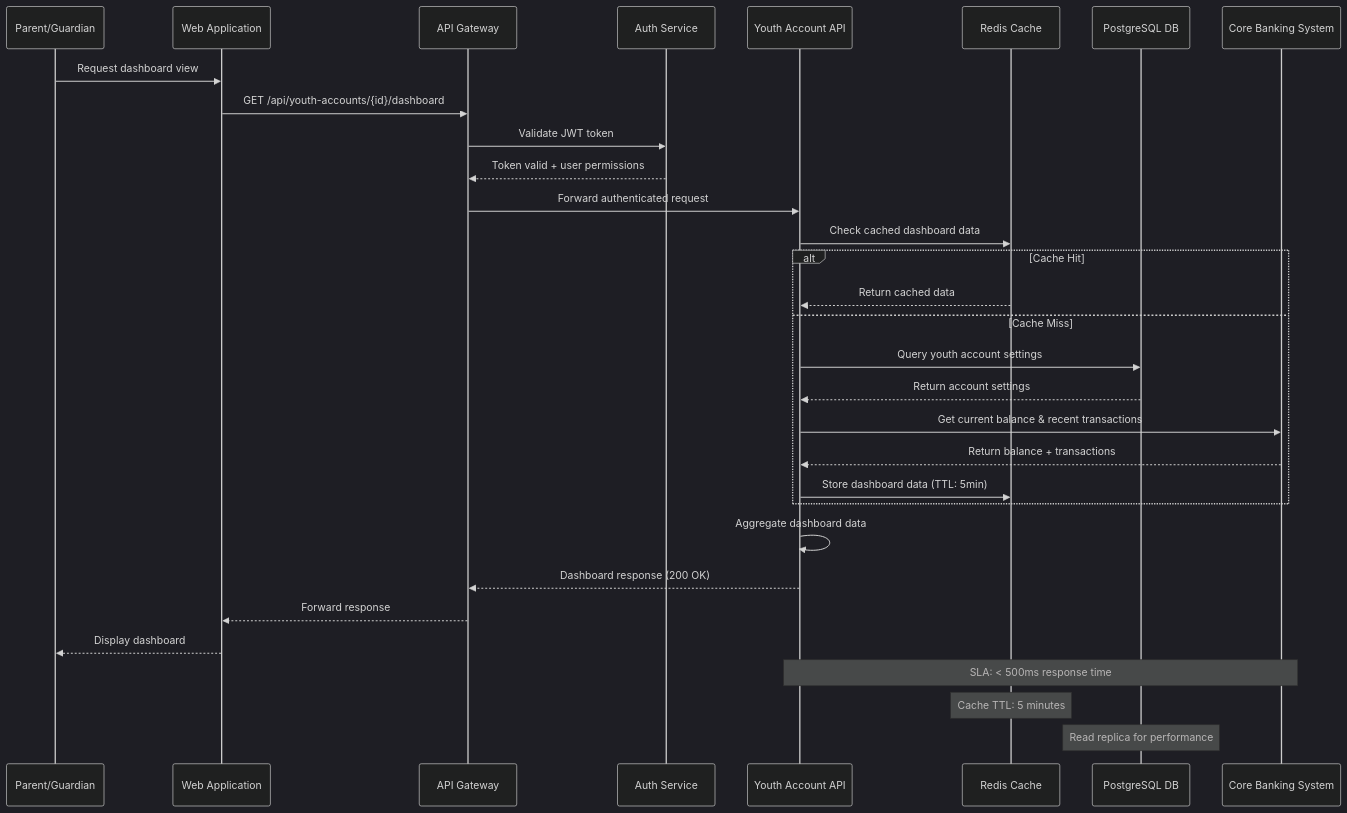
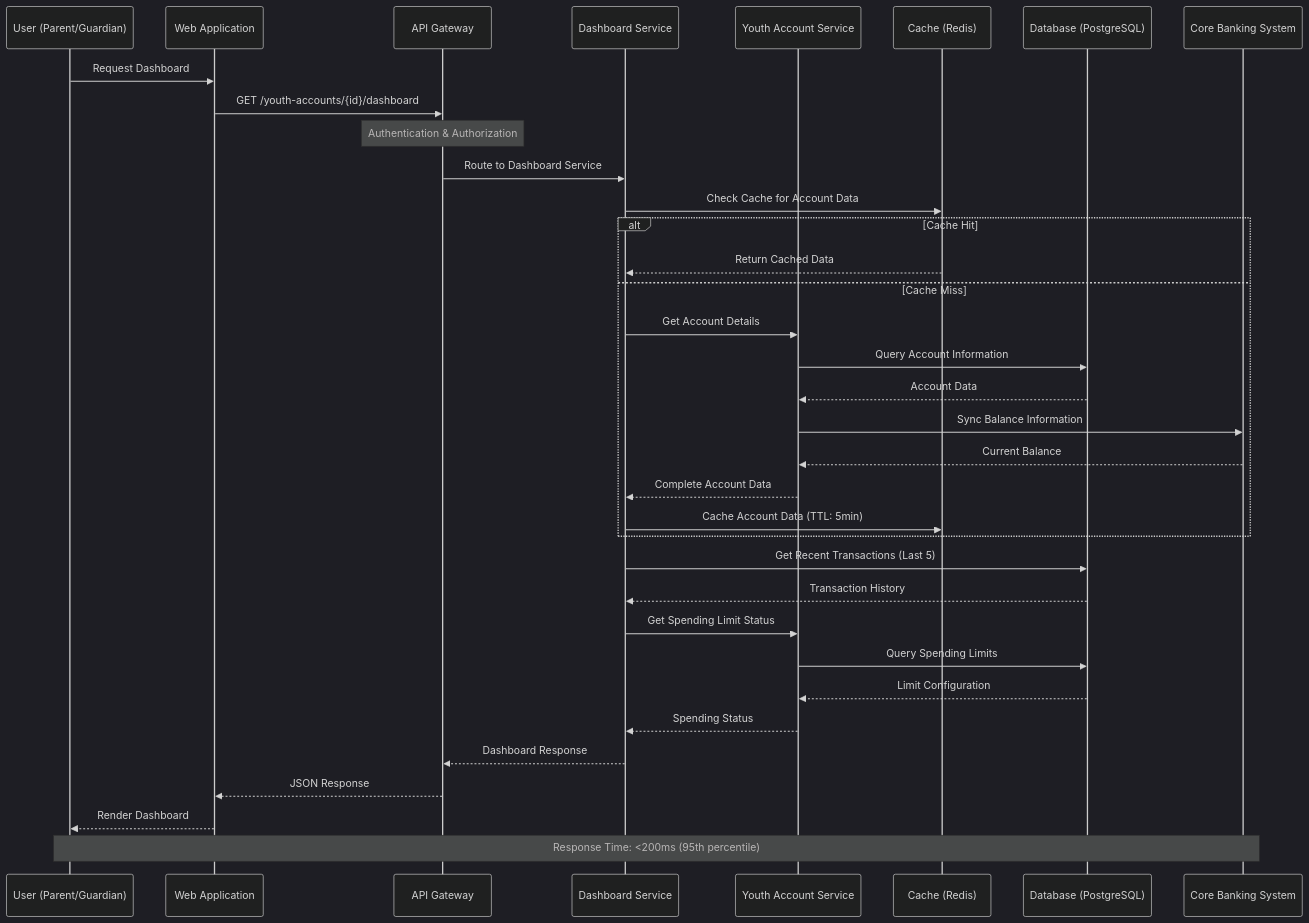
One commit to ThapaswiASC/SCIB-INCEPTION-PHASE-DEMO changed the first of 8 diagrams in API Development/Components and Sequence Diagrams/sequence_diagram.md. Above: the diagram before and after it, drawn with Mermaid (dark theme). The commit also changed other lines of this file and 1 other file, not shown here.

````diff
--- a/API Development/Components and Sequence Diagrams/sequence_diagram.md
+++ b/API Development/Components and Sequence Diagrams/sequence_diagram.md
@@ -11,37 +12,42 @@
 ```mermaid
 sequenceDiagram
-    participant Parent as Parent/Guardian
-    participant WebApp as Web Application
-    participant Gateway as API Gateway
-    participant AuthSvc as Auth Service
-    participant YouthAPI as Youth Account API
-    participant Cache as Redis Cache
-    participant DB as PostgreSQL DB
-    participant CoreBank as Core Banking System
+    participant U as User (Parent/Guardian)
+    participant WA as Web Application
+    participant AG as API Gateway
+    participant DS as Dashboard Service
+    participant YS as Youth Account Service
+    participant C as Cache (Redis)
+    participant DB as Database (PostgreSQL)
+    participant CBS as Core Banking System
+
+    U->>WA: Request Dashboard
+    WA->>AG: GET /youth-accounts/{id}/dashboard
+    Note over AG: Authentication & Authorization
+    AG->>DS: Route to Dashboard Service
     
-    Parent->>WebApp: Request dashboard view
-    WebApp->>Gateway: GET /api/youth-accounts/{id}/dashboard
-    Gateway->>AuthSvc: Validate JWT token
-    AuthSvc-->>Gateway: Token valid + user permissions
-    Gateway->>YouthAPI: Forward authenticated request
-    
-    YouthAPI->>Cache: Check cached dashboard data
+    DS->>C: Check Cache for Account Data
     alt Cache Hit
-        Cache-->>YouthAPI: Return cached data
+        C-->>DS: Return Cached Data
     else Cache Miss
-        YouthAPI->>DB: Query youth account settings
-        DB-->>YouthAPI: Return account settings
-        YouthAPI->>CoreBank: Get current balance & recent transactions
-        CoreBank-->>YouthAPI: Return balance + transactions
-        YouthAPI->>Cache: Store dashboard data (TTL: 5min)
+        DS->>YS: Get Account Details
+        YS->>DB: Query Account Information
+        DB-->>YS: Account Data
+        YS->>CBS: Sync Balance Information
+        CBS-->>YS: Current Balance
+        YS-->>DS: Complete Account Data
+        DS->>C: Cache Account Data (TTL: 5min)
     end
     
-    YouthAPI->>YouthAPI: Aggregate dashboard data
-    YouthAPI-->>Gateway: Dashboard response (200 OK)
-    Gateway-->>WebApp: Forward response
-    WebApp-->>Parent: Display dashboard
+    DS->>DB: Get Recent Transactions (Last 5)
+    DB-->>DS: Transaction History
+    DS->>YS: Get Spending Limit Status
+    YS->>DB: Query Spending Limits
+    DB-->>YS: Limit Configuration
+    YS-->>DS: Spending Status
     
-    Note over YouthAPI,CoreBank: SLA: < 500ms response time
-    Note over Cache: Cache TTL: 5 minutes
-    Note over DB: Read replica for performance
+    DS-->>AG: Dashboard Response
+    AG-->>WA: JSON Response
+    WA-->>U: Render Dashboard
+    
+    Note over U,CBS: Response Time: <200ms (95th percentile)
 ```
````
